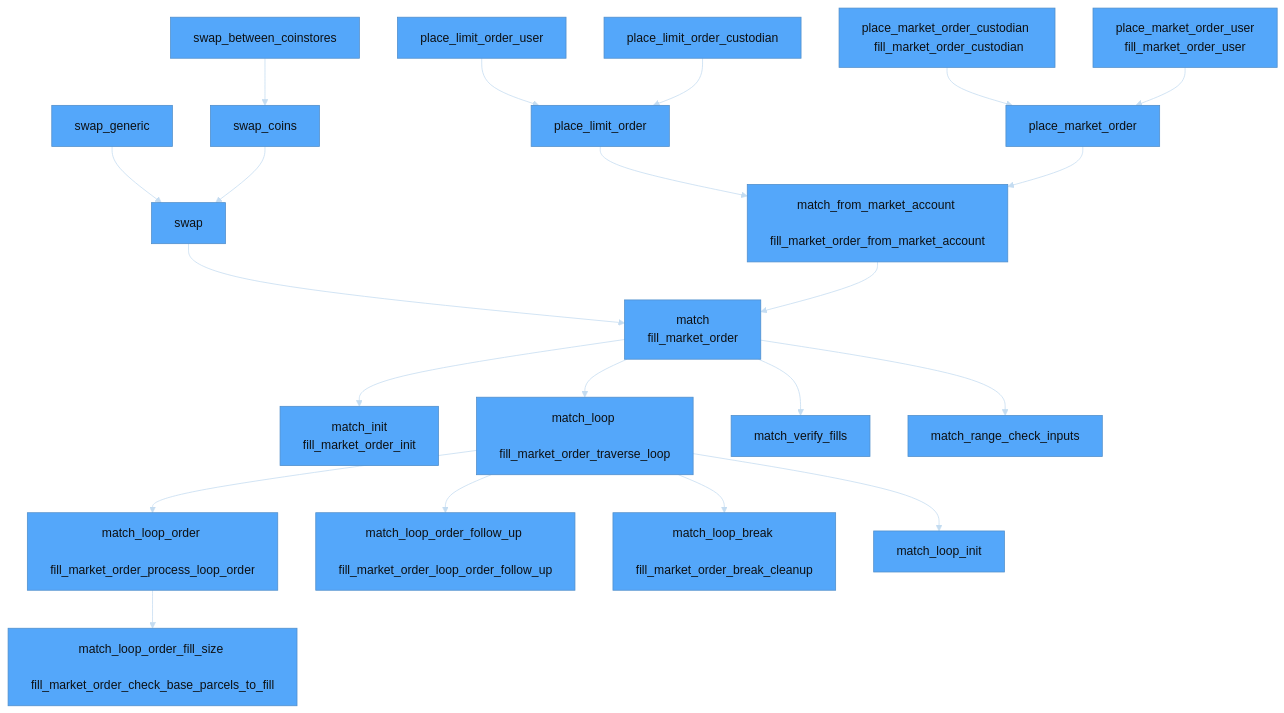
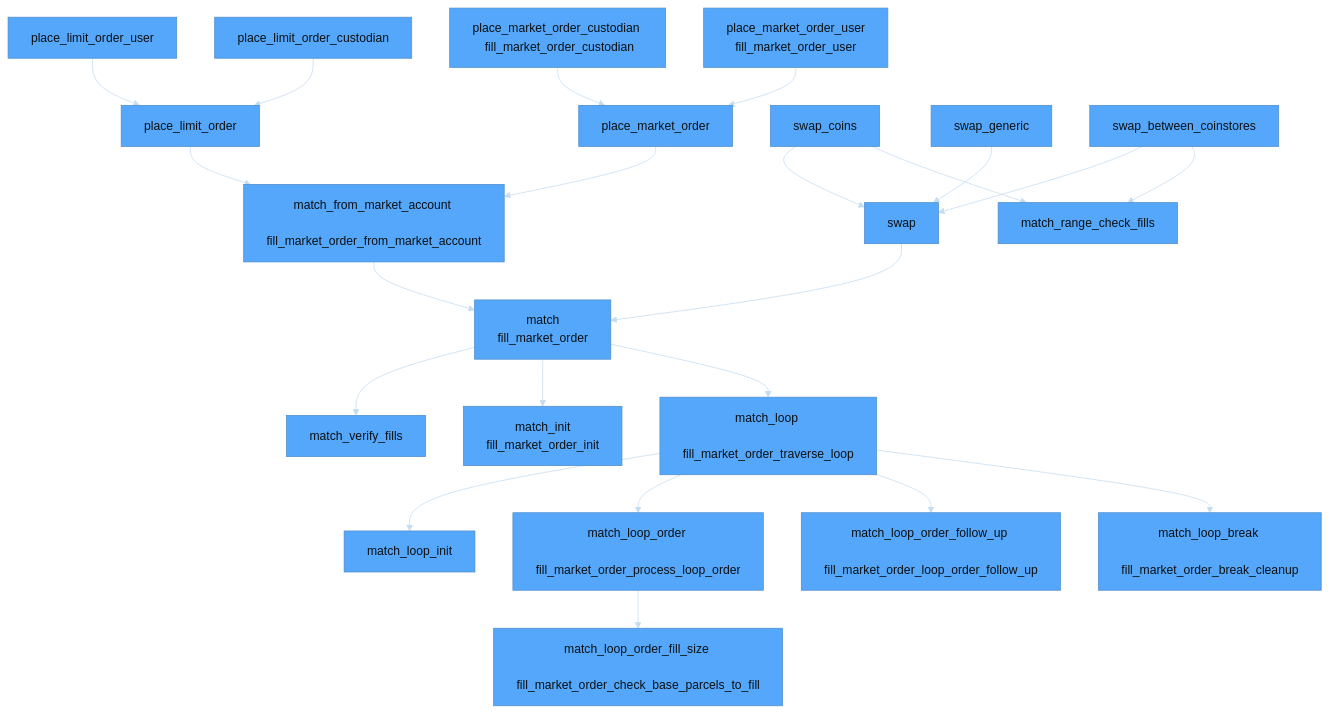
Before and after one commit to econia-labs/econia: the third of 3 diagrams in src/move/econia/dependencies.md, drawn with Mermaid. The commit also changed 3 other files, not shown here.

Commit message:
Add generalized match fill range checking

````diff
--- a/src/move/econia/dependencies.md
+++ b/src/move/econia/dependencies.md
@@ -49,82 +49,83 @@
 ```mermaid
 
 %%{init: {'theme': 'base', 'themeVariables': {'primaryColor': '#54a7fa', 'lineColor': '#c4dcf1', 'primaryTextColor': '#0d1013', 'secondaryColor': '#c4dcf1'}}}%%
 
 flowchart TD
 
 %% Node definitions
 
     match[match <br/> fill_market_order]
     match_from_market_account[match_from_market_account <br/> fill_market_order_from_market_account]
     match_init[match_init <br> fill_market_order_init]
     swap[swap]
     place_market_order[place_market_order]
     place_market_order_custodian[place_market_order_custodian <br/> fill_market_order_custodian]
     place_market_order_user[place_market_order_user <br/> fill_market_order_user]
     place_limit_order[place_limit_order]
     place_limit_order_custodian[place_limit_order_custodian]
     place_limit_order_user[place_limit_order_user]
     match_loop[match_loop <br/> fill_market_order_traverse_loop]
     match_loop_order[match_loop_order <br/> fill_market_order_process_loop_order]
     match_loop_order_fill_size[match_loop_order_fill_size <br/> fill_market_order_check_base_parcels_to_fill]
     match_loop_order_follow_up[match_loop_order_follow_up <br/> fill_market_order_loop_order_follow_up]
     match_loop_break[match_loop_break <br/> fill_market_order_break_cleanup]
     swap_coins[swap_coins]
     swap_generic[swap_generic]
     match_verify_fills[match_verify_fills]
     match_loop_init[match_loop_init]
-    match_range_check_inputs[match_range_check_inputs]
+    match_range_check_fills[match_range_check_fills]
     swap_between_coinstores[swap_between_coinstores]
 
 %% Class definitions
 
     classDef partially_implemented fill:#a020f0 %% Purple
     classDef implemented fill:#32cd32 %% Lime Green
     classDef unimplemented fill:#708090 %% Slate Gray
 
     class swap_between_coinstores implemented;
     class match_verify_fills implemented;
     class swap_coins implemented;
     class swap_generic unimplemented
     class match implemented;
     class match_from_market_account unimplemented;
     class match_init implemented;
     class swap implemented;
     class place_market_order unimplemented;
     class place_market_order_custodian unimplemented;
     class place_market_order_user unimplemented;
     class place_limit_order partially_implemented;
     class place_limit_order_custodian partially_implemented;
     class place_limit_order_user partially_implemented;
     class match_loop implemented;
     class match_loop_order implemented;
     class match_loop_order_fill_size implemented;
     class match_loop_order_follow_up implemented;
     class match_loop_break implemented;
     class match_loop_init implemented;
-    class match_range_check_inputs implemented;
+    class match_range_check_fills implemented;
 
 %% Node relationships
 
-    swap_between_coinstores --> swap_coins
-    match --> match_range_check_inputs
+    swap_between_coinstores --> swap
+    swap_between_coinstores --> match_range_check_fills
     match --> match_verify_fills
     swap_generic --> swap
     swap_coins --> swap
+    swap_coins --> match_range_check_fills
     place_limit_order_user --> place_limit_order
     place_limit_order_custodian --> place_limit_order
     place_limit_order --> match_from_market_account
     place_market_order --> match_from_market_account
     place_market_order_custodian --> place_market_order
     swap --> match
     place_market_order_user --> place_market_order
     match --> match_init
     match --> match_loop
     match_from_market_account --> match
     match_loop_order --> match_loop_order_fill_size
     match_loop --> match_loop_init
     match_loop --> match_loop_order
     match_loop --> match_loop_order_follow_up
     match_loop --> match_loop_break
 
 ```
````
